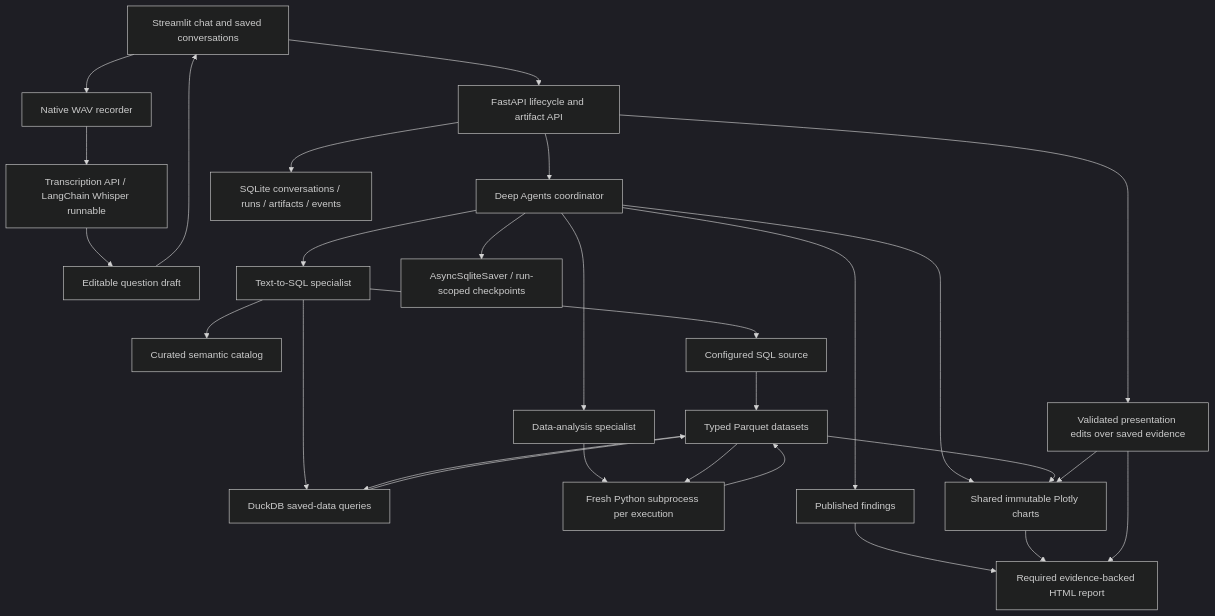
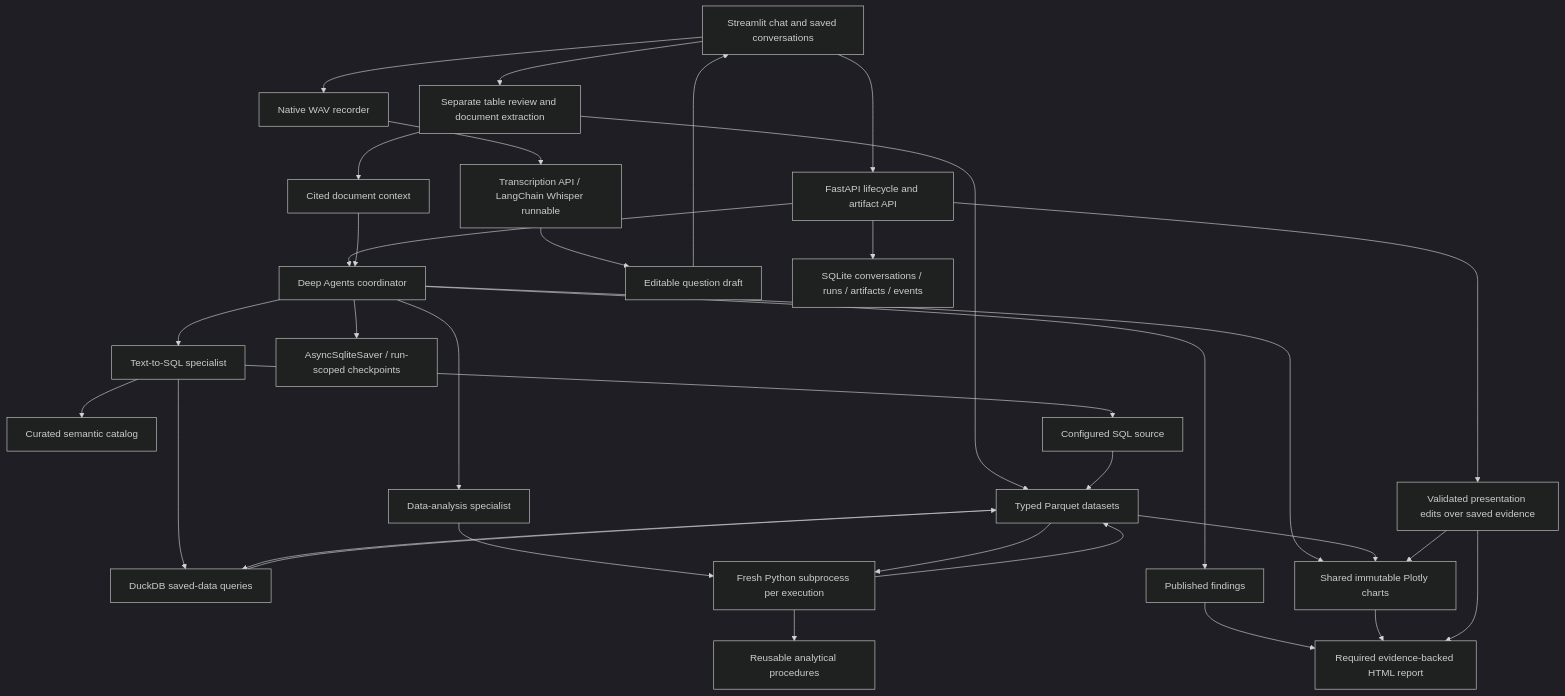
The diagram in data-analytics-agent/doc/development/architecture.md (lizequnwz/deepagents-agents), drawn with Mermaid (dark theme) before and after one commit. The commit also changed other lines of this file and 103 other files, not shown here.

````diff
--- a/data-analytics-agent/doc/development/architecture.md
+++ b/data-analytics-agent/doc/development/architecture.md
@@ -3,30 +3,35 @@
 ```mermaid
 flowchart TD
     UI[Streamlit chat and saved conversations] --> API[FastAPI lifecycle and artifact API]
     API --> C[Deep Agents coordinator]
     UI --> Voice[Native WAV recorder]
     Voice --> STT[Transcription API / LangChain Whisper runnable]
     STT --> Draft[Editable question draft]
     Draft --> UI
     API --> Edit[Validated presentation edits over saved evidence]
     C --> S[Text-to-SQL specialist]
     C --> P[Data-analysis specialist]
     S --> OSI[Curated semantic catalog]
     S --> Source[Configured SQL source]
     S --> Duck[DuckDB saved-data queries]
     P --> Py[Fresh Python subprocess per execution]
+    Py --> Methods[Reusable analytical procedures]
+    UI --> Intake[Separate table review and document extraction]
+    Intake --> D
+    Intake --> Docs[Cited document context]
+    Docs --> C
     Source --> D[Typed Parquet datasets]
     Duck --> D
     D --> Duck
     D --> Py
     Py --> D
     C --> Chart[Shared immutable Plotly charts]
     D --> Chart
     C --> Findings[Published findings]
     Findings --> Report[Required evidence-backed HTML report]
     Chart --> Report
     Edit --> Chart
     Edit --> Report
     API --> Metadata[SQLite conversations / runs / artifacts / events]
     C --> Checkpoints[AsyncSqliteSaver / run-scoped checkpoints]
 ```
````
